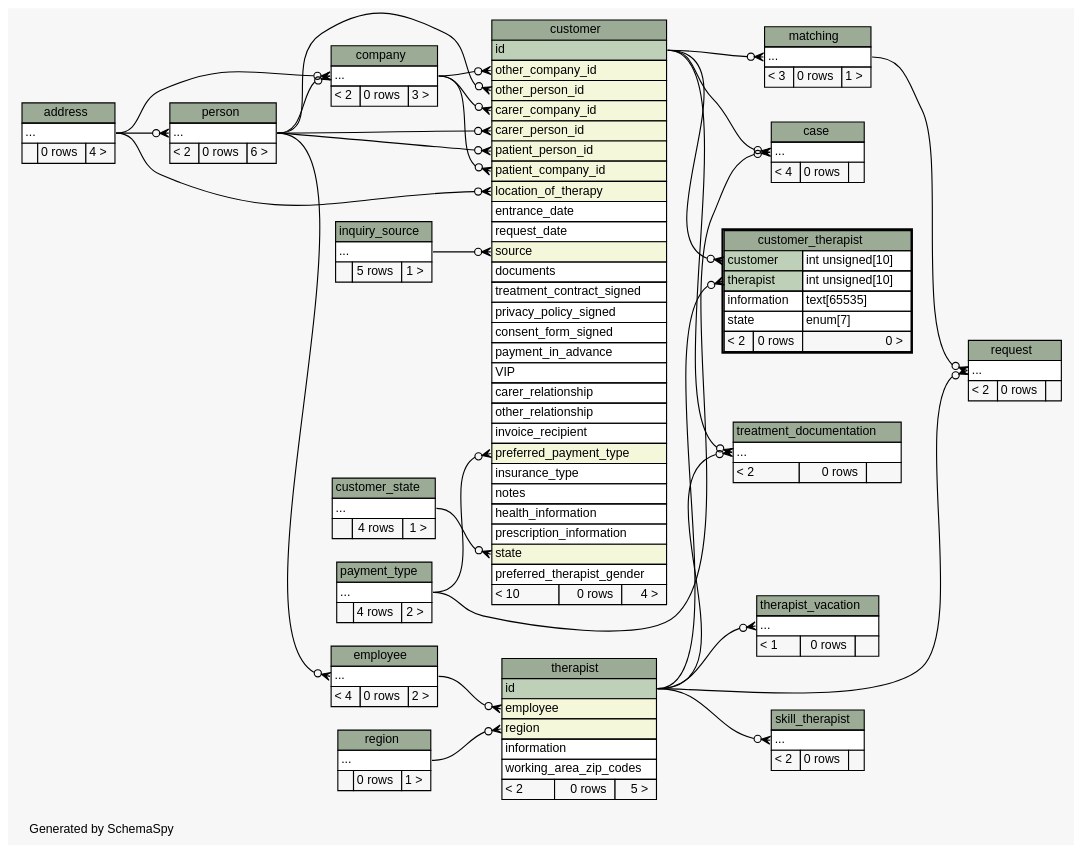
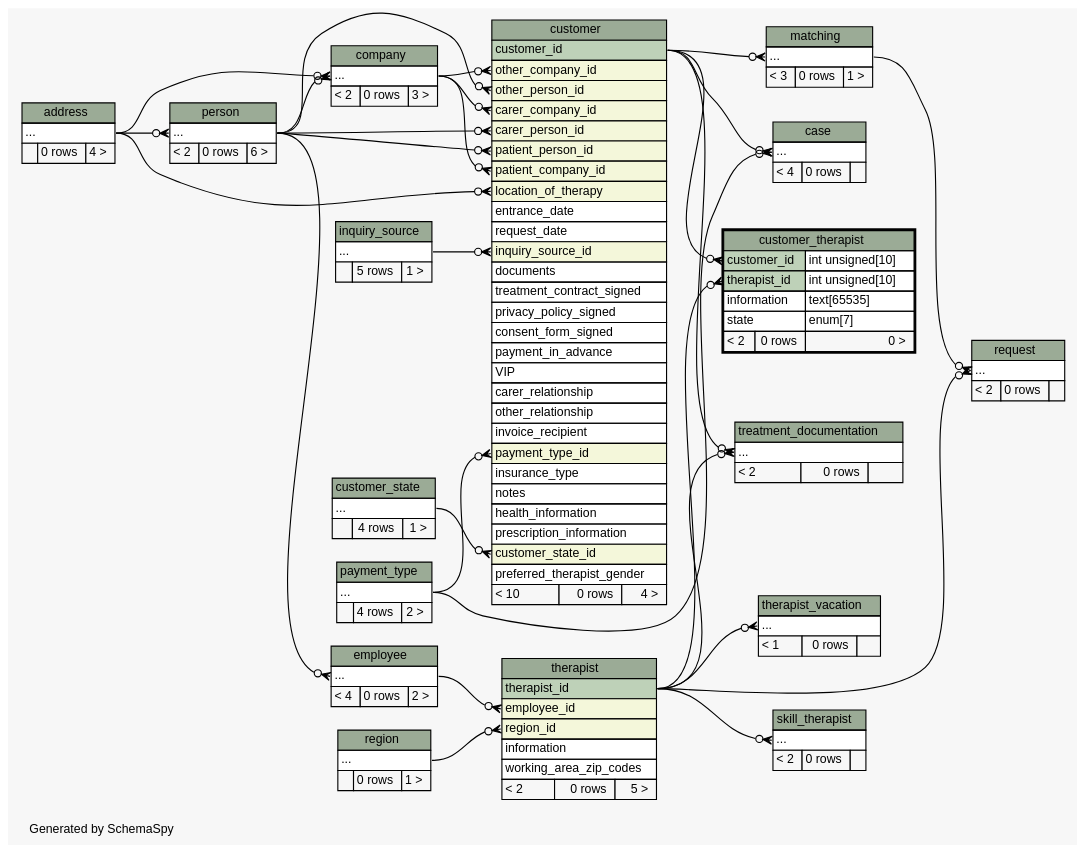
The diagram in diagrams/customer_therapist.2degrees.dot (KaiBMP/KaiBMP.github.io), drawn with Graphviz before and after one commit. The commit also changed 170 other files, not shown here.

Commit message:
schemaspy update

```diff
--- a/diagrams/customer_therapist.2degrees.dot
+++ b/diagrams/customer_therapist.2degrees.dot
@@ -19,33 +19,33 @@
   edge [
     arrowsize="0.8"
   ];
-  "case":"elipses":w -> "customer":"id":e [arrowhead=none dir=back arrowtail=crowodot];
+  "case":"elipses":w -> "customer":"customer_id":e [arrowhead=none dir=back arrowtail=crowodot];
   "case":"elipses":w -> "payment_type":"elipses":e [arrowhead=none dir=back arrowtail=crowodot];
   "company":"elipses":w -> "address":"elipses":e [arrowhead=none dir=back arrowtail=crowodot];
   "company":"elipses":w -> "person":"elipses":e [arrowhead=none dir=back arrowtail=crowodot];
   "customer":"carer_company_id":w -> "company":"elipses":e [arrowhead=none dir=back arrowtail=crowodot];
   "customer":"carer_person_id":w -> "person":"elipses":e [arrowhead=none dir=back arrowtail=crowodot];
+  "customer":"customer_state_id":w -> "customer_state":"elipses":e [arrowhead=none dir=back arrowtail=crowodot];
+  "customer":"inquiry_source_id":w -> "inquiry_source":"elipses":e [arrowhead=none dir=back arrowtail=crowodot];
   "customer":"location_of_therapy":w -> "address":"elipses":e [arrowhead=none dir=back arrowtail=crowodot];
   "customer":"other_company_id":w -> "company":"elipses":e [arrowhead=none dir=back arrowtail=crowodot];
   "customer":"other_person_id":w -> "person":"elipses":e [arrowhead=none dir=back arrowtail=crowodot];
   "customer":"patient_company_id":w -> "company":"elipses":e [arrowhead=none dir=back arrowtail=crowodot];
   "customer":"patient_person_id":w -> "person":"elipses":e [arrowhead=none dir=back arrowtail=crowodot];
-  "customer":"preferred_payment_type":w -> "payment_type":"elipses":e [arrowhead=none dir=back arrowtail=crowodot];
-  "customer":"source":w -> "inquiry_source":"elipses":e [arrowhead=none dir=back arrowtail=crowodot];
-  "customer":"state":w -> "customer_state":"elipses":e [arrowhead=none dir=back arrowtail=crowodot];
-  "customer_therapist":"customer":w -> "customer":"id":e [arrowhead=none dir=back arrowtail=crowodot];
-  "customer_therapist":"therapist":w -> "therapist":"id":e [arrowhead=none dir=back arrowtail=crowodot];
+  "customer":"payment_type_id":w -> "payment_type":"elipses":e [arrowhead=none dir=back arrowtail=crowodot];
+  "customer_therapist":"customer_id":w -> "customer":"customer_id":e [arrowhead=none dir=back arrowtail=crowodot];
+  "customer_therapist":"therapist_id":w -> "therapist":"therapist_id":e [arrowhead=none dir=back arrowtail=crowodot];
   "employee":"elipses":w -> "person":"elipses":e [arrowhead=none dir=back arrowtail=crowodot];
-  "matching":"elipses":w -> "customer":"id":e [arrowhead=none dir=back arrowtail=crowodot];
+  "matching":"elipses":w -> "customer":"customer_id":e [arrowhead=none dir=back arrowtail=crowodot];
   "person":"elipses":w -> "address":"elipses":e [arrowhead=none dir=back arrowtail=crowodot];
   "request":"elipses":w -> "matching":"elipses":e [arrowhead=none dir=back arrowtail=crowodot];
-  "request":"elipses":w -> "therapist":"id":e [arrowhead=none dir=back arrowtail=crowodot];
-  "skill_therapist":"elipses":w -> "therapist":"id":e [arrowhead=none dir=back arrowtail=crowodot];
-  "therapist":"employee":w -> "employee":"elipses":e [arrowhead=none dir=back arrowtail=crowodot];
-  "therapist":"region":w -> "region":"elipses":e [arrowhead=none dir=back arrowtail=crowodot];
-  "therapist_vacation":"elipses":w -> "therapist":"id":e [arrowhead=none dir=back arrowtail=crowodot];
-  "treatment_documentation":"elipses":w -> "customer":"id":e [arrowhead=none dir=back arrowtail=crowodot];
-  "treatment_documentation":"elipses":w -> "therapist":"id":e [arrowhead=none dir=back arrowtail=crowodot];
+  "request":"elipses":w -> "therapist":"therapist_id":e [arrowhead=none dir=back arrowtail=crowodot];
+  "skill_therapist":"elipses":w -> "therapist":"therapist_id":e [arrowhead=none dir=back arrowtail=crowodot];
+  "therapist":"employee_id":w -> "employee":"elipses":e [arrowhead=none dir=back arrowtail=crowodot];
+  "therapist":"region_id":w -> "region":"elipses":e [arrowhead=none dir=back arrowtail=crowodot];
+  "therapist_vacation":"elipses":w -> "therapist":"therapist_id":e [arrowhead=none dir=back arrowtail=crowodot];
+  "treatment_documentation":"elipses":w -> "customer":"customer_id":e [arrowhead=none dir=back arrowtail=crowodot];
+  "treatment_documentation":"elipses":w -> "therapist":"therapist_id":e [arrowhead=none dir=back arrowtail=crowodot];
   "address" [
     label=<
     <TABLE BORDER="0" CELLBORDER="1" CELLSPACING="0" BGCOLOR="#ffffff">
@@ -80,7 +80,7 @@
     label=<
     <TABLE BORDER="0" CELLBORDER="1" CELLSPACING="0" BGCOLOR="#ffffff">
       <TR><TD COLSPAN="3" BGCOLOR="#9bab96" ALIGN="CENTER">customer</TD></TR>
-      <TR><TD PORT="id" COLSPAN="3" BGCOLOR="#bed1b8" ALIGN="LEFT">id</TD></TR>
+      <TR><TD PORT="customer_id" COLSPAN="3" BGCOLOR="#bed1b8" ALIGN="LEFT">customer_id</TD></TR>
       <TR><TD PORT="other_company_id" COLSPAN="3" BGCOLOR="#f4f7da" ALIGN="LEFT">other_company_id</TD></TR>
       <TR><TD PORT="other_person_id" COLSPAN="3" BGCOLOR="#f4f7da" ALIGN="LEFT">other_person_id</TD></TR>
       <TR><TD PORT="carer_company_id" COLSPAN="3" BGCOLOR="#f4f7da" ALIGN="LEFT">carer_company_id</TD></TR>
@@ -90,7 +90,7 @@
       <TR><TD PORT="location_of_therapy" COLSPAN="3" BGCOLOR="#f4f7da" ALIGN="LEFT">location_of_therapy</TD></TR>
       <TR><TD PORT="entrance_date" COLSPAN="3" ALIGN="LEFT">entrance_date</TD></TR>
       <TR><TD PORT="request_date" COLSPAN="3" ALIGN="LEFT">request_date</TD></TR>
-      <TR><TD PORT="source" COLSPAN="3" BGCOLOR="#f4f7da" ALIGN="LEFT">source</TD></TR>
+      <TR><TD PORT="inquiry_source_id" COLSPAN="3" BGCOLOR="#f4f7da" ALIGN="LEFT">inquiry_source_id</TD></TR>
       <TR><TD PORT="documents" COLSPAN="3" ALIGN="LEFT">documents</TD></TR>
       <TR><TD PORT="treatment_contract_signed" COLSPAN="3" ALIGN="LEFT">treatment_contract_signed</TD></TR>
       <TR><TD PORT="privacy_policy_signed" COLSPAN="3" ALIGN="LEFT">privacy_policy_signed</TD></TR>
@@ -100,12 +100,12 @@
       <TR><TD PORT="carer_relationship" COLSPAN="3" ALIGN="LEFT">carer_relationship</TD></TR>
       <TR><TD PORT="other_relationship" COLSPAN="3" ALIGN="LEFT">other_relationship</TD></TR>
       <TR><TD PORT="invoice_recipient" COLSPAN="3" ALIGN="LEFT">invoice_recipient</TD></TR>
-      <TR><TD PORT="preferred_payment_type" COLSPAN="3" BGCOLOR="#f4f7da" ALIGN="LEFT">preferred_payment_type</TD></TR>
+      <TR><TD PORT="payment_type_id" COLSPAN="3" BGCOLOR="#f4f7da" ALIGN="LEFT">payment_type_id</TD></TR>
       <TR><TD PORT="insurance_type" COLSPAN="3" ALIGN="LEFT">insurance_type</TD></TR>
       <TR><TD PORT="notes" COLSPAN="3" ALIGN="LEFT">notes</TD></TR>
       <TR><TD PORT="health_information" COLSPAN="3" ALIGN="LEFT">health_information</TD></TR>
       <TR><TD PORT="prescription_information" COLSPAN="3" ALIGN="LEFT">prescription_information</TD></TR>
-      <TR><TD PORT="state" COLSPAN="3" BGCOLOR="#f4f7da" ALIGN="LEFT">state</TD></TR>
+      <TR><TD PORT="customer_state_id" COLSPAN="3" BGCOLOR="#f4f7da" ALIGN="LEFT">customer_state_id</TD></TR>
       <TR><TD PORT="preferred_therapist_gender" COLSPAN="3" ALIGN="LEFT">preferred_therapist_gender</TD></TR>
       <TR><TD ALIGN="LEFT" BGCOLOR="#f7f7f7">&lt; 10</TD><TD ALIGN="RIGHT" BGCOLOR="#f7f7f7">0 rows</TD><TD ALIGN="RIGHT" BGCOLOR="#f7f7f7">4 &gt;</TD></TR>
     </TABLE>>
@@ -126,8 +126,8 @@
     label=<
     <TABLE BORDER="2" CELLBORDER="1" CELLSPACING="0" BGCOLOR="#ffffff">
       <TR><TD COLSPAN="3" BGCOLOR="#9bab96" ALIGN="CENTER">customer_therapist</TD></TR>
-      <TR><TD PORT="customer" COLSPAN="2" BGCOLOR="#bed1b8" ALIGN="LEFT">customer</TD><TD PORT="customer.type" ALIGN="LEFT">int unsigned[10]</TD></TR>
-      <TR><TD PORT="therapist" COLSPAN="2" BGCOLOR="#bed1b8" ALIGN="LEFT">therapist</TD><TD PORT="therapist.type" ALIGN="LEFT">int unsigned[10]</TD></TR>
+      <TR><TD PORT="customer_id" COLSPAN="2" BGCOLOR="#bed1b8" ALIGN="LEFT">customer_id</TD><TD PORT="customer_id.type" ALIGN="LEFT">int unsigned[10]</TD></TR>
+      <TR><TD PORT="therapist_id" COLSPAN="2" BGCOLOR="#bed1b8" ALIGN="LEFT">therapist_id</TD><TD PORT="therapist_id.type" ALIGN="LEFT">int unsigned[10]</TD></TR>
       <TR><TD PORT="information" COLSPAN="2" ALIGN="LEFT">information</TD><TD PORT="information.type" ALIGN="LEFT">text[65535]</TD></TR>
       <TR><TD PORT="state" COLSPAN="2" ALIGN="LEFT">state</TD><TD PORT="state.type" ALIGN="LEFT">enum[7]</TD></TR>
       <TR><TD ALIGN="LEFT" BGCOLOR="#f7f7f7">&lt; 2</TD><TD ALIGN="RIGHT" BGCOLOR="#f7f7f7">0 rows</TD><TD ALIGN="RIGHT" BGCOLOR="#f7f7f7">0 &gt;</TD></TR>
@@ -219,9 +219,9 @@
     label=<
     <TABLE BORDER="0" CELLBORDER="1" CELLSPACING="0" BGCOLOR="#ffffff">
       <TR><TD COLSPAN="3" BGCOLOR="#9bab96" ALIGN="CENTER">therapist</TD></TR>
-      <TR><TD PORT="id" COLSPAN="3" BGCOLOR="#bed1b8" ALIGN="LEFT">id</TD></TR>
-      <TR><TD PORT="employee" COLSPAN="3" BGCOLOR="#f4f7da" ALIGN="LEFT">employee</TD></TR>
-      <TR><TD PORT="region" COLSPAN="3" BGCOLOR="#f4f7da" ALIGN="LEFT">region</TD></TR>
+      <TR><TD PORT="therapist_id" COLSPAN="3" BGCOLOR="#bed1b8" ALIGN="LEFT">therapist_id</TD></TR>
+      <TR><TD PORT="employee_id" COLSPAN="3" BGCOLOR="#f4f7da" ALIGN="LEFT">employee_id</TD></TR>
+      <TR><TD PORT="region_id" COLSPAN="3" BGCOLOR="#f4f7da" ALIGN="LEFT">region_id</TD></TR>
       <TR><TD PORT="information" COLSPAN="3" ALIGN="LEFT">information</TD></TR>
       <TR><TD PORT="working_area_zip_codes" COLSPAN="3" ALIGN="LEFT">working_area_zip_codes</TD></TR>
       <TR><TD ALIGN="LEFT" BGCOLOR="#f7f7f7">&lt; 2</TD><TD ALIGN="RIGHT" BGCOLOR="#f7f7f7">0 rows</TD><TD ALIGN="RIGHT" BGCOLOR="#f7f7f7">5 &gt;</TD></TR>
```
